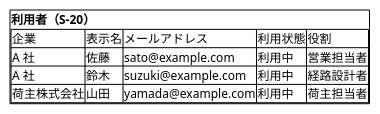
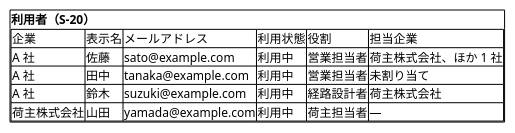
Diagram 26 of 47 in docs/design/cargo-tracker/ui_design.md (k2works/practical-domain-driven-design-in-enterpris-application), drawn with PlantUML before and after one commit. The commit also changed other lines of this file and 4 other files, not shown here.

````diff
--- a/docs/design/cargo-tracker/ui_design.md
+++ b/docs/design/cargo-tracker/ui_design.md
@@ -1226,13 +1226,14 @@
 ```plantuml
 @startsalt
 {+
   <b>利用者（S-20）
   {#
-    企業 | 表示名 | メールアドレス | 利用状態 | 役割
-    A 社 | 佐藤 | sato@example.com | 利用中 | 営業担当者
-    A 社 | 鈴木 | suzuki@example.com | 利用中 | 経路設計者
-    荷主株式会社 | 山田 | yamada@example.com | 利用中 | 荷主担当者
+    企業 | 表示名 | メールアドレス | 利用状態 | 役割 | 担当企業
+    A 社 | 佐藤 | sato@example.com | 利用中 | 営業担当者 | 荷主株式会社、ほか 1 社
+    A 社 | 田中 | tanaka@example.com | 利用中 | 営業担当者 | 未割り当て
+    A 社 | 鈴木 | suzuki@example.com | 利用中 | 経路設計者 | 荷主株式会社
+    荷主株式会社 | 山田 | yamada@example.com | 利用中 | 荷主担当者 | —
   }
 }
 @endsalt
 ```
````
